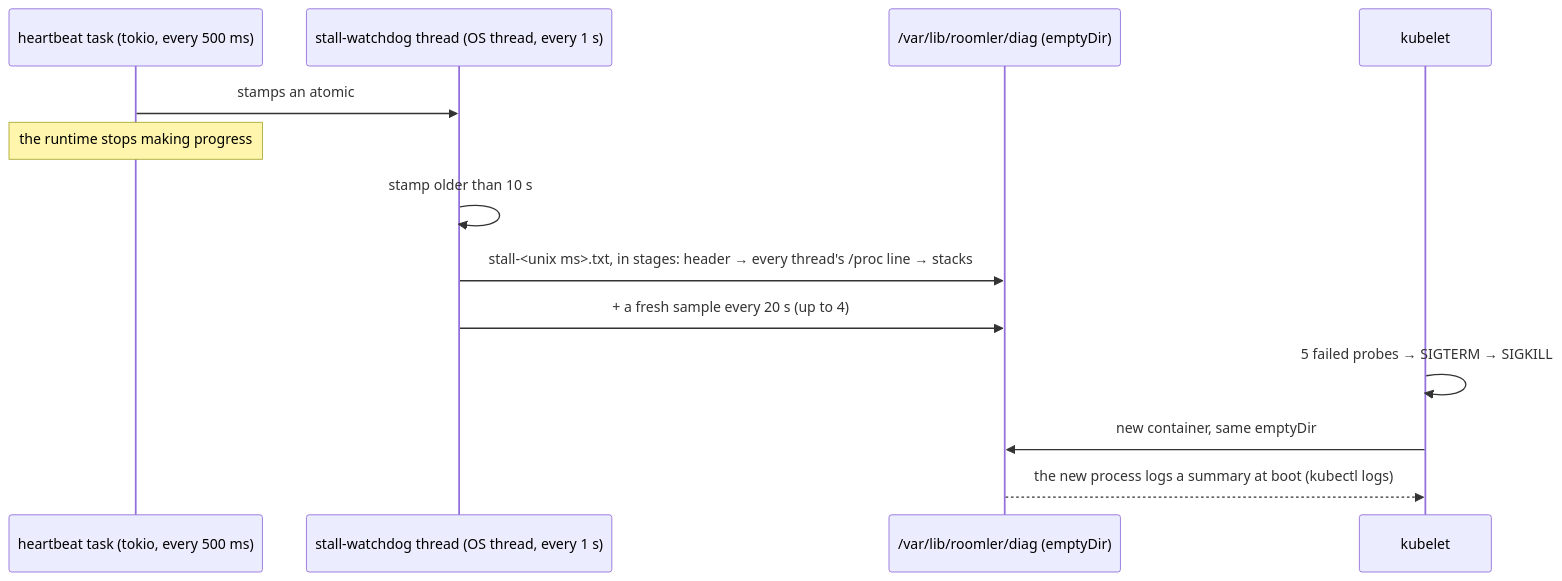
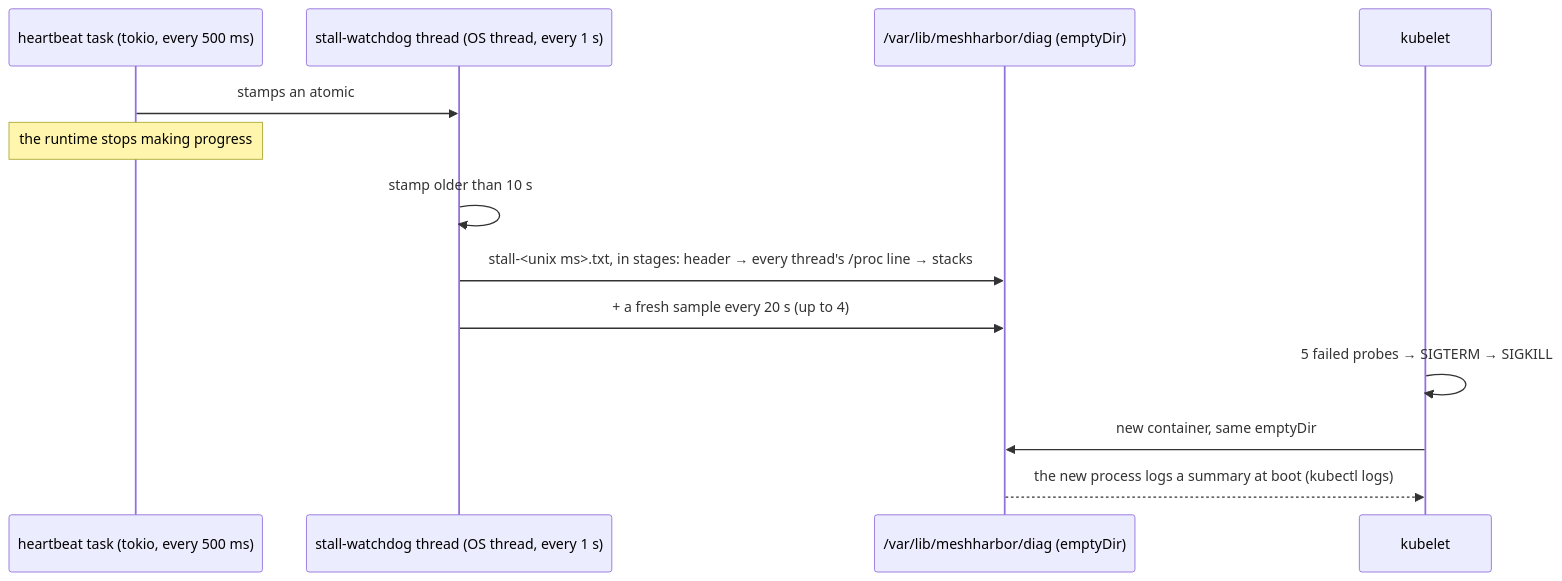
The fourth of 5 diagrams in docs/deployment.md (jk-zhang-meta/MeshHarbor), drawn with Mermaid before and after one commit. The commit also changed other lines of this file and 682 other files, not shown here.

````diff
--- a/docs/deployment.md
+++ b/docs/deployment.md
@@ -278,15 +278,15 @@
 ```mermaid
 sequenceDiagram
     participant HB as heartbeat task (tokio, every 500 ms)
     participant WD as stall-watchdog thread (OS thread, every 1 s)
-    participant F as /var/lib/roomler/diag (emptyDir)
+    participant F as /var/lib/meshharbor/diag (emptyDir)
     participant K as kubelet
     HB->>WD: stamps an atomic
     Note over HB: the runtime stops making progress
     WD->>WD: stamp older than 10 s
     WD->>F: stall-<unix ms>.txt, in stages: header → every thread's /proc line → stacks
     WD->>F: + a fresh sample every 20 s (up to 4)
     K->>K: 5 failed probes → SIGTERM → SIGKILL
     K->>F: new container, same emptyDir
     F-->>K: the new process logs a summary at boot (kubectl logs)
 ```
````
